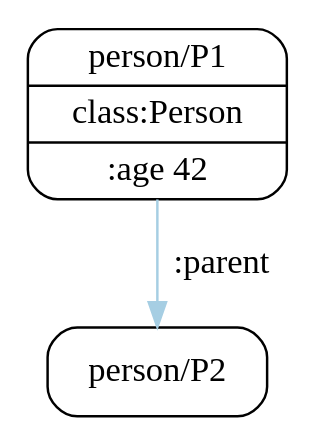
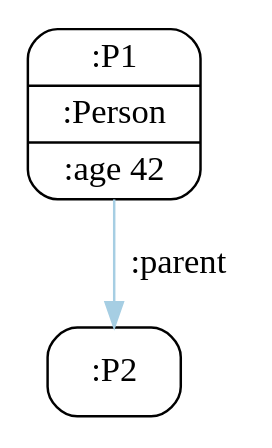
One commit to giacomociti/rdf2dot changed the diagram in test.ttl.dot. Above: the diagram before and after it, drawn with Graphviz. The commit also changed 4 other files, not shown here.

```diff
--- a/test.ttl.dot
+++ b/test.ttl.dot
@@ -1,8 +1,8 @@
 digraph {
   edge [colorscheme="paired12"]
 
- "person/P1" [shape=Mrecord label="{person/P1|class:Person|:age 42}"] 
- "person/P2" [shape=Mrecord label="{person/P2}"] 
+ ":P1" [shape=Mrecord label="{:P1|:Person|:age 42}"] 
+ ":P2" [shape=Mrecord label="{:P2}"] 
 
-  "person/P1" -> "person/P2" [color="1", label=":parent"]
+  ":P1" -> ":P2" [color="1", label=":parent"]
 }
```
